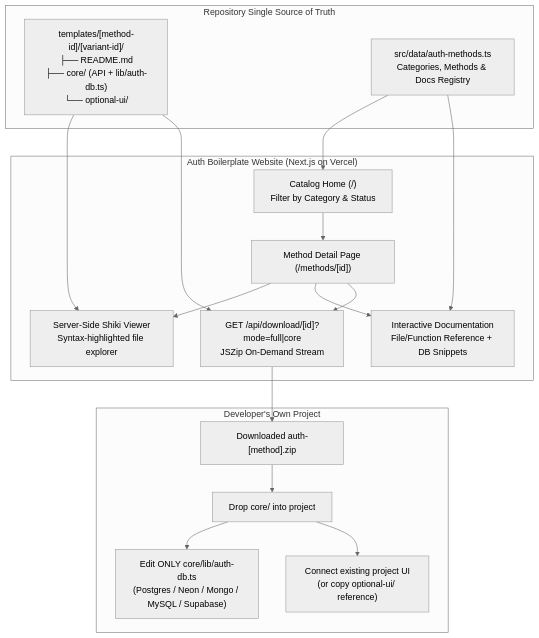
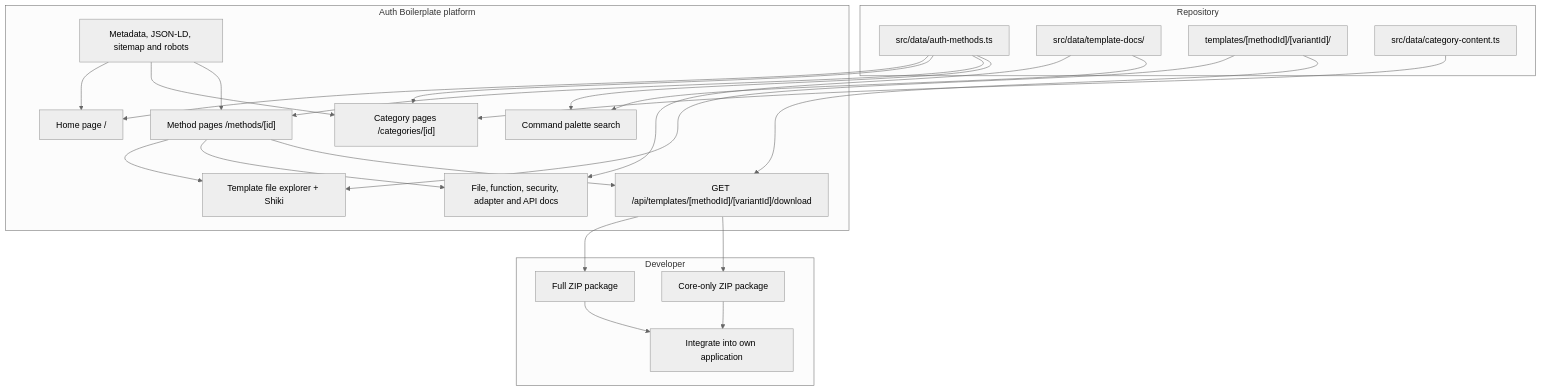
The diagram in README.md (AdityaSingh-18/auth-boilerplate), drawn with Mermaid (neutral theme) before and after one commit. The commit also changed other lines of this file, not shown here.

````diff
--- a/README.md
+++ b/README.md
@@ -229,35 +267,46 @@
 ```mermaid
 flowchart TD
-    subgraph Repo["Repository Single Source of Truth"]
-        T["templates/[method-id]/[variant-id]/<br/>├── README.md<br/>├── core/ (API + lib/auth-db.ts)<br/>└── optional-ui/"]
-        D["src/data/auth-methods.ts<br/>Categories, Methods & Docs Registry"]
+    subgraph Repository["Repository"]
+        Registry["src/data/auth-methods.ts"]
+        Docs["src/data/template-docs/"]
+        Templates["templates/[methodId]/[variantId]/"]
+        CategoryContent["src/data/category-content.ts"]
     end
 
-    subgraph Platform["Auth Boilerplate Website (Next.js on Vercel)"]
-        C["Catalog Home (/)<br/>Filter by Category & Status"]
-        M["Method Detail Page (/methods/[id])"]
-        S["Server-Side Shiki Viewer<br/>Syntax-highlighted file explorer"]
-        DOC["Interactive Documentation<br/>File/Function Reference + DB Snippets"]
-        Z["GET /api/download/[id]?mode=full|core<br/>JSZip On-Demand Stream"]
+    subgraph Website["Auth Boilerplate platform"]
+        Home["Home page /"]
+        Categories["Category pages /categories/[id]"]
+        Method["Method pages /methods/[id]"]
+        Search["Command palette search"]
+        Viewer["Template file explorer + Shiki"]
+        Documentation["File, function, security, adapter and API docs"]
+        Download["GET /api/templates/[methodId]/[variantId]/download"]
+        SEO["Metadata, JSON-LD, sitemap and robots"]
     end
 
-    subgraph Developer["Developer's Own Project"]
-        ZIP["Downloaded auth-[method].zip"]
-        CORE["Drop core/ into project"]
-        DB["Edit ONLY core/lib/auth-db.ts<br/>(Postgres / Neon / Mongo / MySQL / Supabase)"]
-        UI["Connect existing project UI<br/>(or copy optional-ui/ reference)"]
+    subgraph Developer["Developer"]
+        FullZIP["Full ZIP package"]
+        CoreZIP["Core-only ZIP package"]
+        Integration["Integrate into own application"]
     end
 
-    D --> C
-    C --> M
-    T --> S
-    T --> Z
-    D --> DOC
-    M --> S
-    M --> DOC
-    M --> Z
-    Z --> ZIP
-    ZIP --> CORE
-    CORE --> DB
-    CORE --> UI
+    Registry --> Home
+    Registry --> Categories
+    Registry --> Method
+    CategoryContent --> Categories
+    Docs --> Documentation
+    Templates --> Viewer
+    Templates --> Download
+    Registry --> Search
+    Docs --> Search
+    Method --> Viewer
+    Method --> Documentation
+    Method --> Download
+    SEO --> Home
+    SEO --> Categories
+    SEO --> Method
+    Download --> FullZIP
+    Download --> CoreZIP
+    FullZIP --> Integration
+    CoreZIP --> Integration
 ```
````
